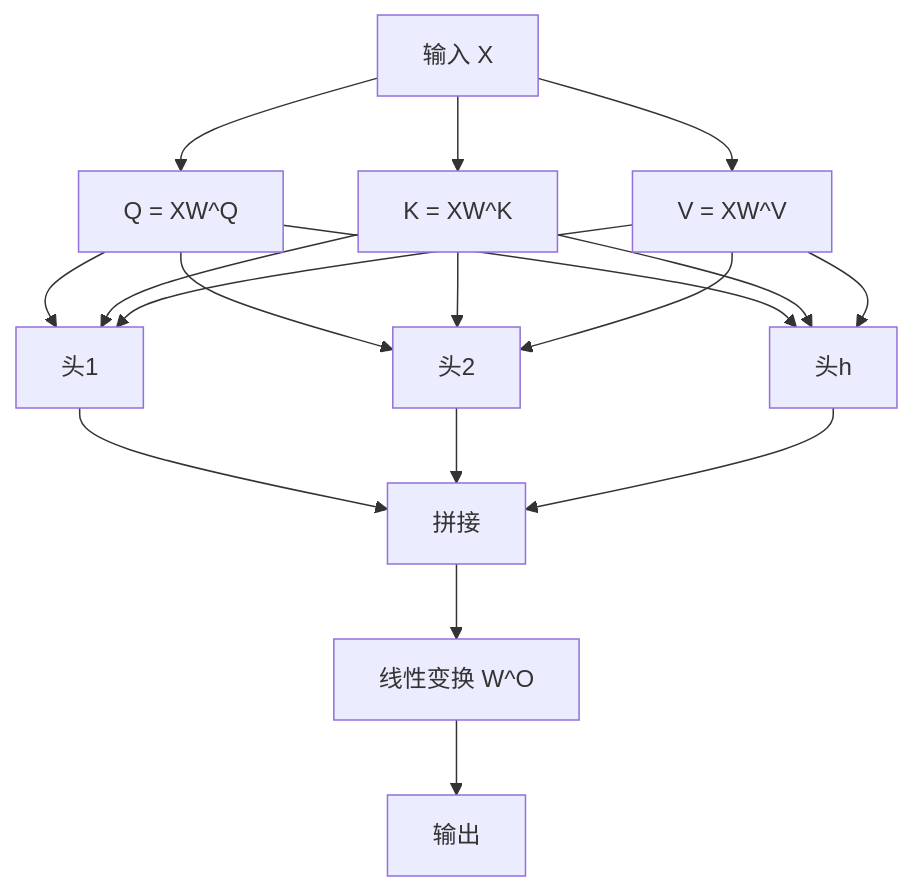
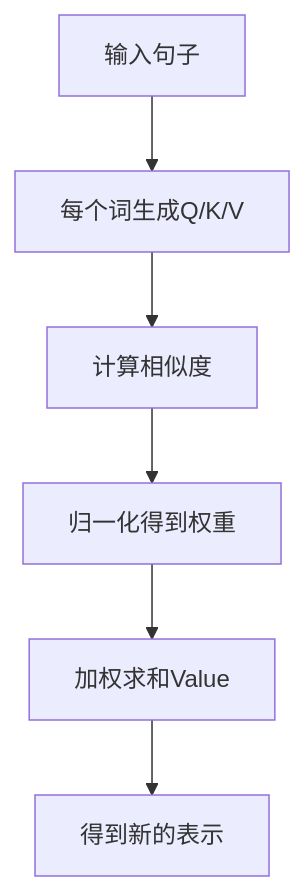
The second of 2 diagrams in tutorial/content/llm/attention-mechanism.md (byeyear/markdown-website-framework), drawn with Mermaid before and after one commit. The commit also changed other lines of this file and 13 other files, not shown here.

````diff
--- a/tutorial/content/llm/attention-mechanism.md
+++ b/tutorial/content/llm/attention-mechanism.md
@@ -148,25 +233,8 @@
 ```mermaid
-graph TB
-    A[输入 X] --> B[Q = XW^Q]
-    A --> C[K = XW^K]
-    A --> D[V = XW^V]
-    
-    B --> E[头1]
-    C --> E
-    D --> E
-    
-    B --> F[头2]
-    C --> F
-    D --> F
-    
-    B --> G[头h]
-    C --> G
-    D --> G
-    
-    E --> H[拼接]
-    F --> H
-    G --> H
-    
-    H --> I[线性变换 W^O]
-    I --> J[输出]
+graph TD
+    A[输入句子] --> B[每个词生成Q/K/V]
+    B --> C[计算相似度]
+    C --> D[归一化得到权重]
+    D --> E[加权求和Value]
+    E --> F[得到新的表示]
 ```
````
